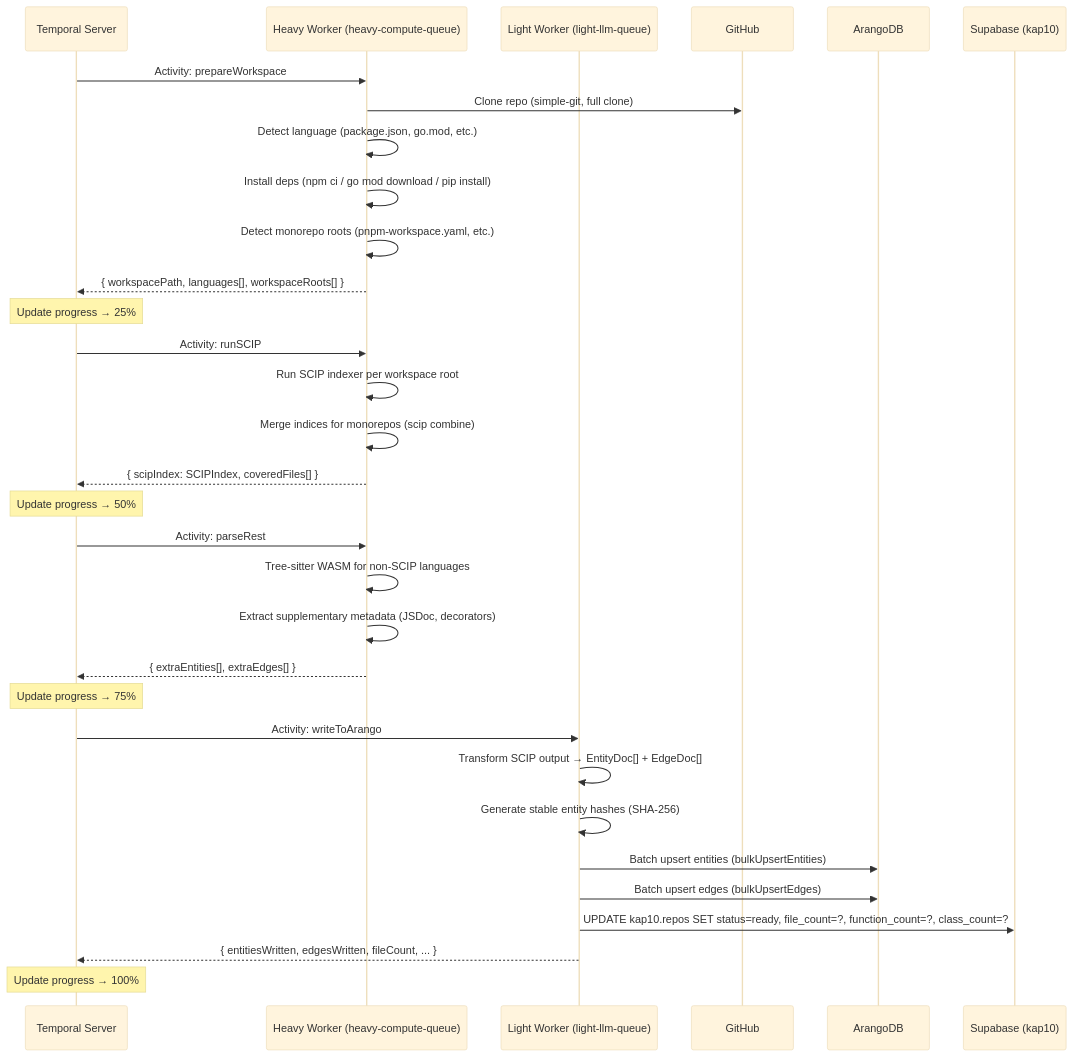
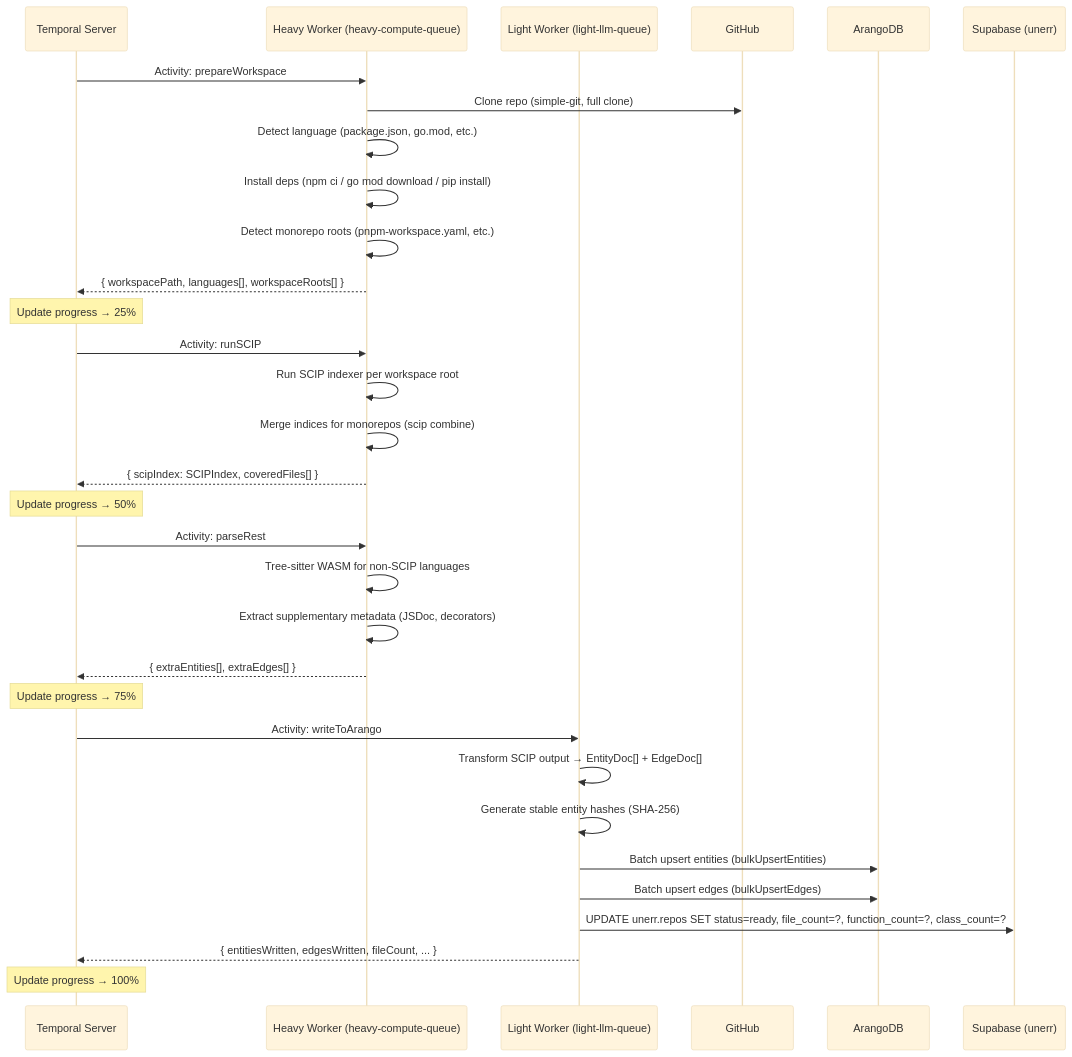
One commit to AutoRail-AI/kap10-server changed the third of 5 diagrams in docs/architecture/PHASE_1_GITHUB_CONNECT_AND_INDEXING.md. Above: the diagram before and after it, drawn with Mermaid (base theme). The commit also changed other lines of this file and 157 other files, not shown here.

````diff
--- a/docs/architecture/PHASE_1_GITHUB_CONNECT_AND_INDEXING.md
+++ b/docs/architecture/PHASE_1_GITHUB_CONNECT_AND_INDEXING.md
@@ -201,42 +201,42 @@
 ```mermaid
 sequenceDiagram
     participant Temporal as Temporal Server
     participant Heavy as Heavy Worker (heavy-compute-queue)
     participant Light as Light Worker (light-llm-queue)
     participant GitHub
     participant ArangoDB
-    participant Supabase as Supabase (kap10)
+    participant Supabase as Supabase (unerr)
 
     Temporal->>Heavy: Activity: prepareWorkspace
     Heavy->>GitHub: Clone repo (simple-git, full clone)
     Heavy->>Heavy: Detect language (package.json, go.mod, etc.)
     Heavy->>Heavy: Install deps (npm ci / go mod download / pip install)
     Heavy->>Heavy: Detect monorepo roots (pnpm-workspace.yaml, etc.)
     Heavy-->>Temporal: { workspacePath, languages[], workspaceRoots[] }
 
     Note over Temporal: Update progress → 25%
 
     Temporal->>Heavy: Activity: runSCIP
     Heavy->>Heavy: Run SCIP indexer per workspace root
     Heavy->>Heavy: Merge indices for monorepos (scip combine)
     Heavy-->>Temporal: { scipIndex: SCIPIndex, coveredFiles[] }
 
     Note over Temporal: Update progress → 50%
 
     Temporal->>Heavy: Activity: parseRest
     Heavy->>Heavy: Tree-sitter WASM for non-SCIP languages
     Heavy->>Heavy: Extract supplementary metadata (JSDoc, decorators)
     Heavy-->>Temporal: { extraEntities[], extraEdges[] }
 
     Note over Temporal: Update progress → 75%
 
     Temporal->>Light: Activity: writeToArango
     Light->>Light: Transform SCIP output → EntityDoc[] + EdgeDoc[]
     Light->>Light: Generate stable entity hashes (SHA-256)
     Light->>ArangoDB: Batch upsert entities (bulkUpsertEntities)
     Light->>ArangoDB: Batch upsert edges (bulkUpsertEdges)
-    Light->>Supabase: UPDATE kap10.repos SET status=ready, file_count=?, function_count=?, class_count=?
+    Light->>Supabase: UPDATE unerr.repos SET status=ready, file_count=?, function_count=?, class_count=?
     Light-->>Temporal: { entitiesWritten, edgesWritten, fileCount, ... }
 
     Note over Temporal: Update progress → 100%
 ```
````
